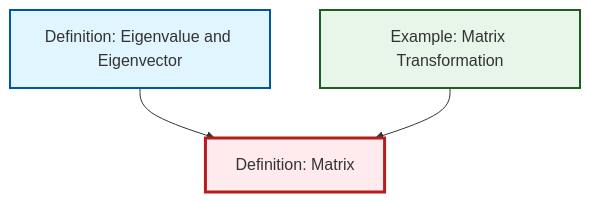
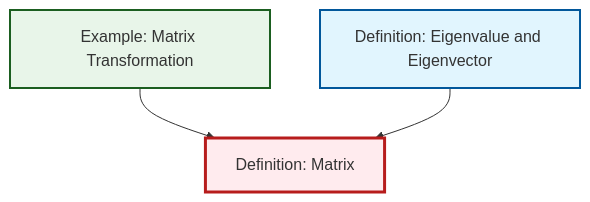
One commit to RK0429/ModernMath changed the diagram in content/en/algebra/def-matrix.qmd. Above: the diagram before and after it, drawn with Mermaid. The commit also changed other lines of this file and 417 other files, not shown here.

````diff
--- a/content/en/algebra/def-matrix.qmd
+++ b/content/en/algebra/def-matrix.qmd
@@ -57,17 +57,17 @@
 ```{mermaid}
 %%| fig-cap: "Local dependency graph"
 graph TD
     classDef definition fill:#e1f5fe,stroke:#01579b,stroke-width:2px
     classDef theorem fill:#f3e5f5,stroke:#4a148c,stroke-width:2px
     classDef axiom fill:#fff3e0,stroke:#e65100,stroke-width:2px
     classDef example fill:#e8f5e9,stroke:#1b5e20,stroke-width:2px
     classDef current fill:#ffebee,stroke:#b71c1c,stroke-width:3px
     def-matrix["Definition: Matrix"]:::definition
+    def-eigenvalue-eigenvector["Definition: Eigenvalue and Eigenvector"]:::definition
     ex-matrix-transformation["Example: Matrix Transformation"]:::example
-    def-eigenvalue-eigenvector["Definition: Eigenvalue and Eigenvector"]:::definition
+    ex-matrix-transformation --> def-matrix
     def-eigenvalue-eigenvector --> def-matrix
-    ex-matrix-transformation --> def-matrix
     class def-matrix current
+    click def-eigenvalue-eigenvector "def-eigenvalue-eigenvector.html" "Go to Eigenvalue and Eigenvector definition"
     click ex-matrix-transformation "ex-matrix-transformation.html" "Go to Matrix Transformation example"
-    click def-eigenvalue-eigenvector "def-eigenvalue-eigenvector.html" "Go to Eigenvalue and Eigenvector definition"
 ```
````
